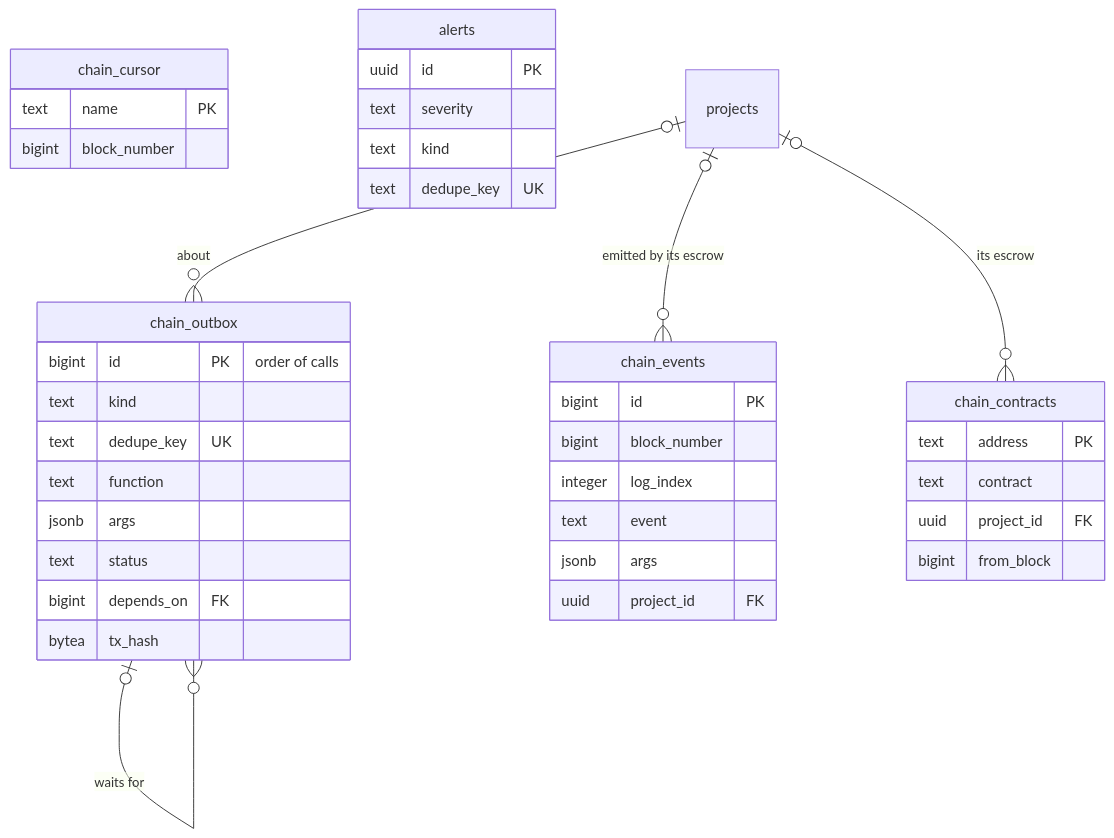
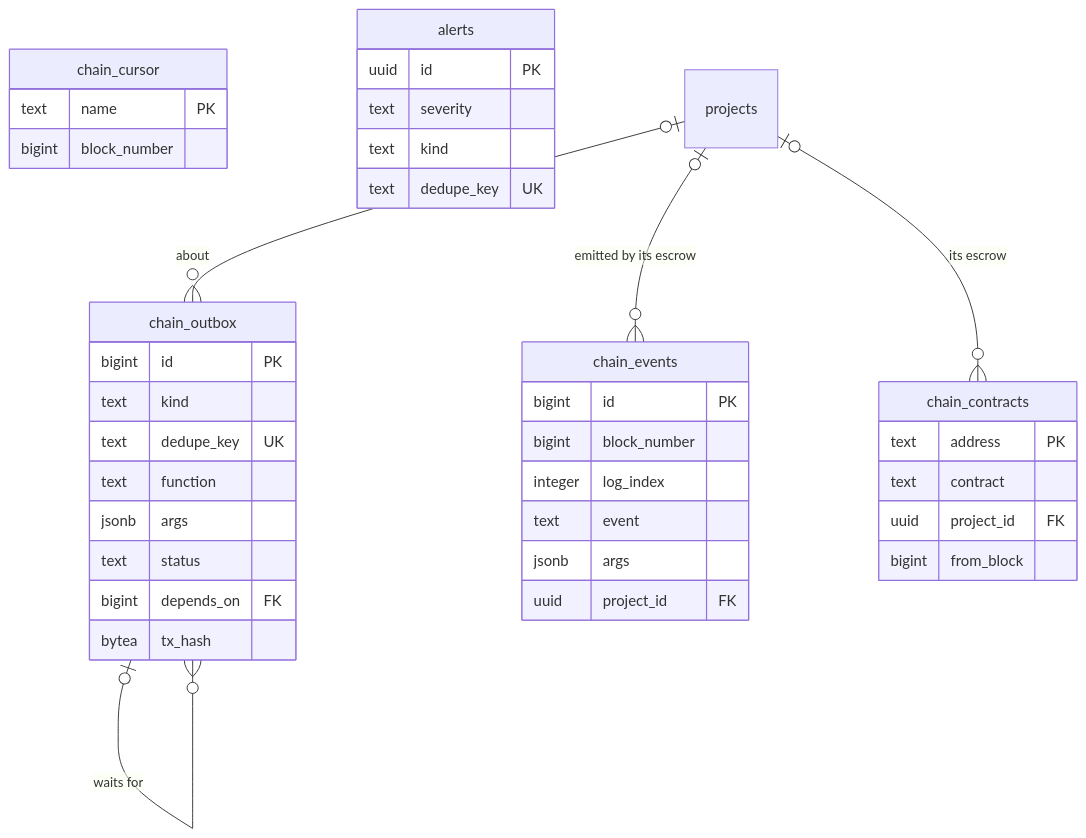
One commit to eminroot/veritas changed the diagram in docs/diagrams/erd-chain.md. Above: the diagram before and after it, drawn with Mermaid. The commit also changed 60 other files, not shown here.

First line of the commit message:
Laptop screenshots in the readme, and diagrams readable at full size

````diff
--- a/docs/diagrams/erd-chain.md
+++ b/docs/diagrams/erd-chain.md
@@ -5,41 +5,41 @@
 ```mermaid
 erDiagram
     chain_outbox {
-        bigint id PK "order of calls"
+        bigint id PK
         text kind
         text dedupe_key UK
         text function
         jsonb args
         text status
         bigint depends_on FK
         bytea tx_hash
     }
     chain_events {
         bigint id PK
         bigint block_number
         integer log_index
         text event
         jsonb args
         uuid project_id FK
     }
     chain_contracts {
         text address PK
         text contract
         uuid project_id FK
         bigint from_block
     }
     chain_cursor {
         text name PK
         bigint block_number
     }
     alerts {
         uuid id PK
         text severity
         text kind
         text dedupe_key UK
     }
     chain_outbox |o--o{ chain_outbox : "waits for"
     projects |o--o{ chain_outbox : "about"
     projects |o--o{ chain_events : "emitted by its escrow"
     projects |o--o{ chain_contracts : "its escrow"
 ```
````
